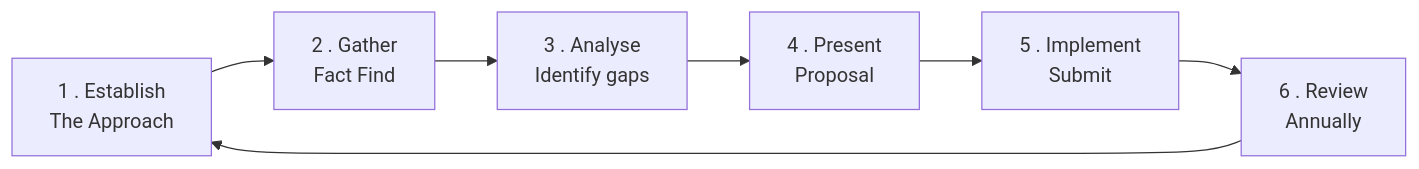
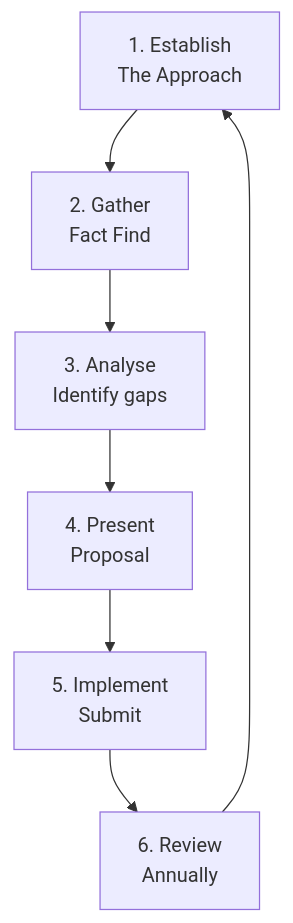
Before and after one commit to leotansingapore/aia-product-compass-hub: the first of 4 diagrams in docs/first-60-days/week-7/day-37.md, drawn with Mermaid. The commit also changed other lines of this file and 56 other files, not shown here.

Commit message:
Readability pass across first-60-days: styled HTML to tables/diagrams, cleaner formatting, no leaked metadata

````diff
--- a/docs/first-60-days/week-7/day-37.md
+++ b/docs/first-60-days/week-7/day-37.md
@@ -34,4 +34,9 @@
 ```mermaid
-flowchart LR
-    A["1 . Establish<br/>The Approach"] --> B["2 . Gather<br/>Fact Find"] --> C["3 . Analyse<br/>Identify gaps"] --> D["4 . Present<br/>Proposal"] --> E["5 . Implement<br/>Submit"] --> F["6 . Review<br/>Annually"] --> A
+flowchart TD
+    A["1. Establish<br/>The Approach"] --> B["2. Gather<br/>Fact Find"]
+    B --> C["3. Analyse<br/>Identify gaps"]
+    C --> D["4. Present<br/>Proposal"]
+    D --> E["5. Implement<br/>Submit"]
+    E --> F["6. Review<br/>Annually"]
+    F --> A
 ```
````
